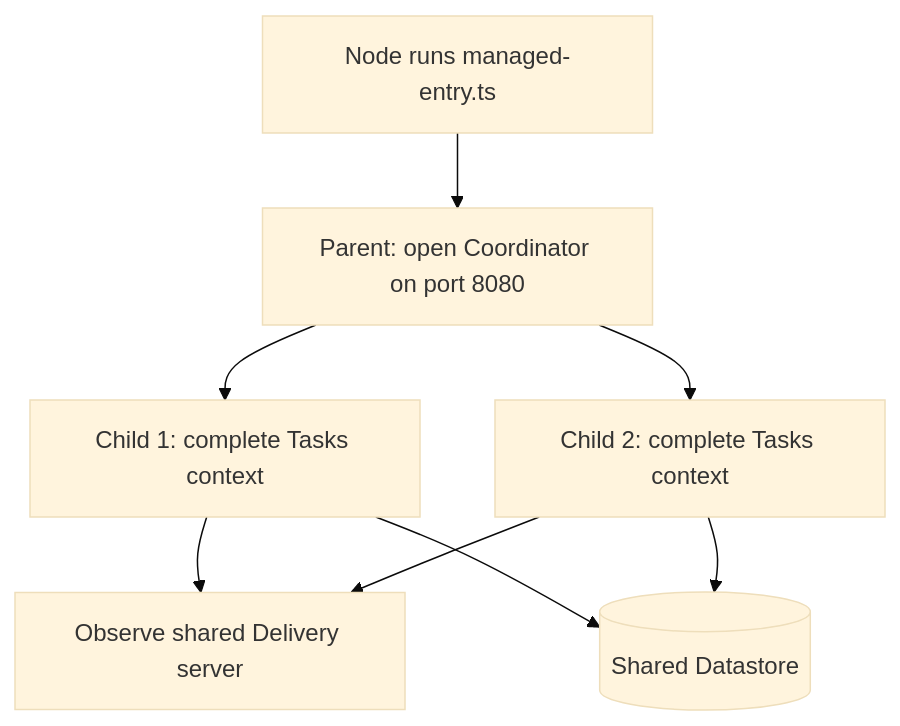
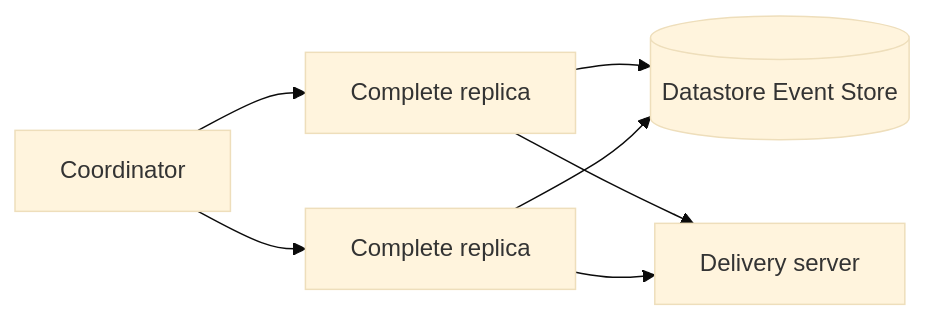
Before and after one commit to SpineEventEngine/spine-ts: the second of 2 diagrams in examples/todo/README.md, drawn with Mermaid (base theme). The commit also changed other lines of this file and 19 other files, not shown here.

````diff
--- a/examples/todo/README.md
+++ b/examples/todo/README.md
@@ -149,10 +53,9 @@
 ```mermaid
-flowchart TD
-  Start[Node runs managed-entry.ts] --> Parent[Parent: open Coordinator on port 8080]
-  Parent --> ChildOne[Child 1: complete Tasks context]
-  Parent --> ChildTwo[Child 2: complete Tasks context]
-  ChildOne --> Delivery[Observe shared Delivery server]
-  ChildTwo --> Delivery
-  ChildOne --> Datastore[(Shared Datastore)]
-  ChildTwo --> Datastore
+flowchart LR
+  Coordinator --> Replica1[Complete replica]
+  Coordinator --> Replica2[Complete replica]
+  Replica1 --> Store[(Datastore Event Store)]
+  Replica2 --> Store
+  Replica1 --> Delivery[Delivery server]
+  Replica2 --> Delivery
 ```
````
